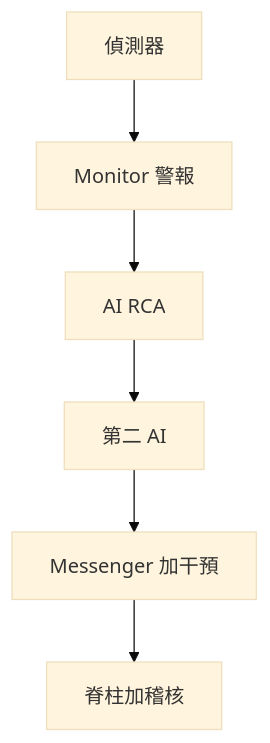
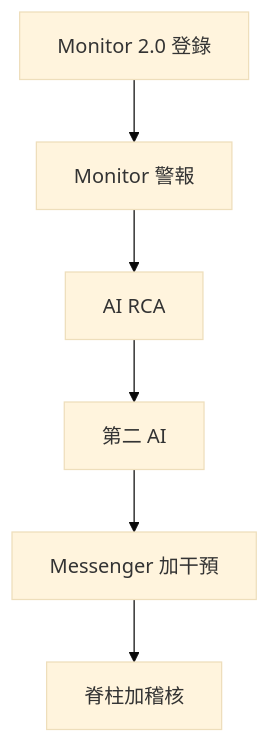
One commit to hxyan2020/PRD changed the third of 6 diagrams in platform/docs/TSD.zh-Hant.md. Above: the diagram before and after it, drawn with Mermaid (base theme). The commit also changed other lines of this file and 3 other files, not shown here.

````diff
--- a/platform/docs/TSD.zh-Hant.md
+++ b/platform/docs/TSD.zh-Hant.md
@@ -86,8 +86,8 @@
 ```mermaid
 graph TD
-  Detectors[偵測器] --> Alarm[Monitor 警報]
+  M2[Monitor 2.0 登錄] --> Alarm[Monitor 警報]
   Alarm --> RCA[AI RCA]
   RCA --> Challenger[第二 AI]
   Challenger --> Messenger[Messenger 加干預]
   Messenger --> Spine[脊柱加稽核]
 ```
````
